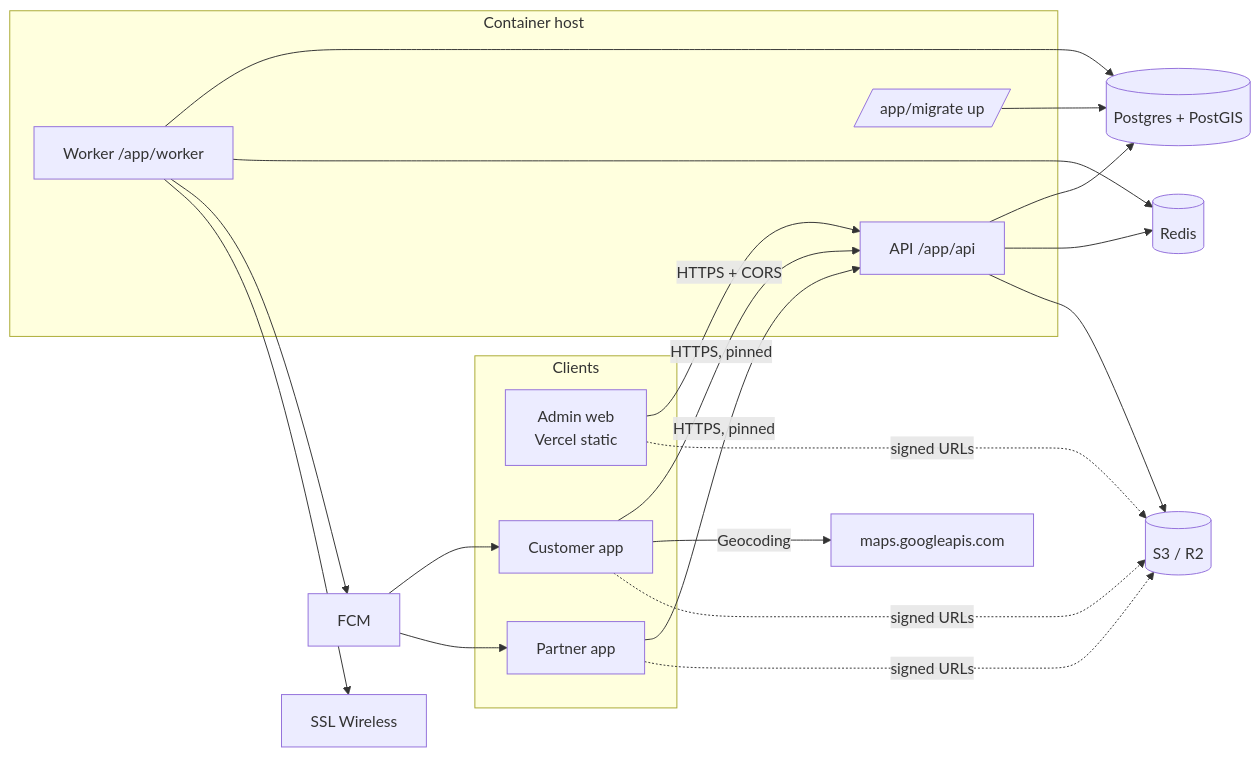
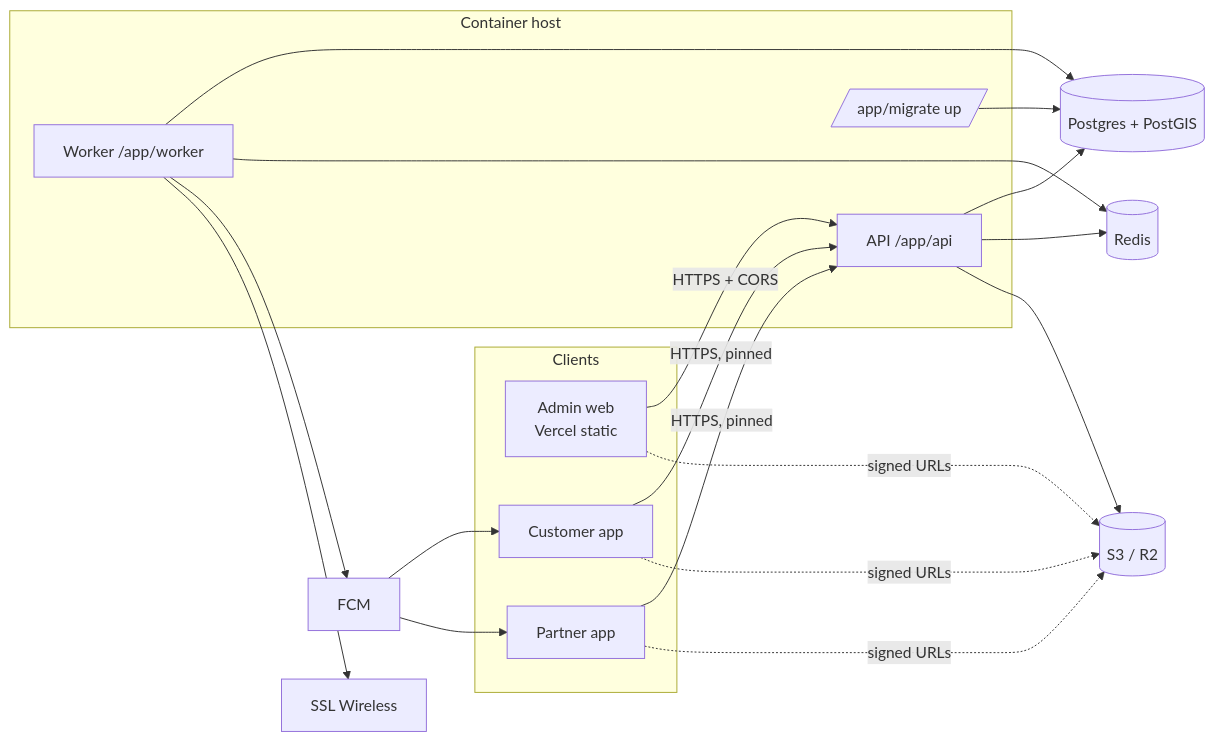
One commit to LabibTajremin/PAO changed the diagram in docs/guides/deployment.md. Above: the diagram before and after it, drawn with Mermaid. The commit also changed other lines of this file and 62 other files, not shown here.

````diff
--- a/docs/guides/deployment.md
+++ b/docs/guides/deployment.md
@@ -34,30 +34,29 @@
 ```mermaid
 flowchart LR
   subgraph Clients
     A[Admin web<br/>Vercel static]
     C[Customer app]
     P[Partner app]
   end
   A -- HTTPS + CORS --> API
   C -- HTTPS, pinned --> API
   P -- HTTPS, pinned --> API
-  C -- Geocoding --> G[maps.googleapis.com]
   subgraph Container host
     API[API /app/api]
     W[Worker /app/worker]
     M[/app/migrate up/]
   end
   API --> PG[(Postgres + PostGIS)]
   API --> R[(Redis)]
   API --> S3[(S3 / R2)]
   W --> PG
   W --> R
   W --> FCM[FCM]
   W --> SMS[SSL Wireless]
   M --> PG
   A -. signed URLs .-> S3
   C -. signed URLs .-> S3
   P -. signed URLs .-> S3
   FCM --> C
   FCM --> P
 ```
````
